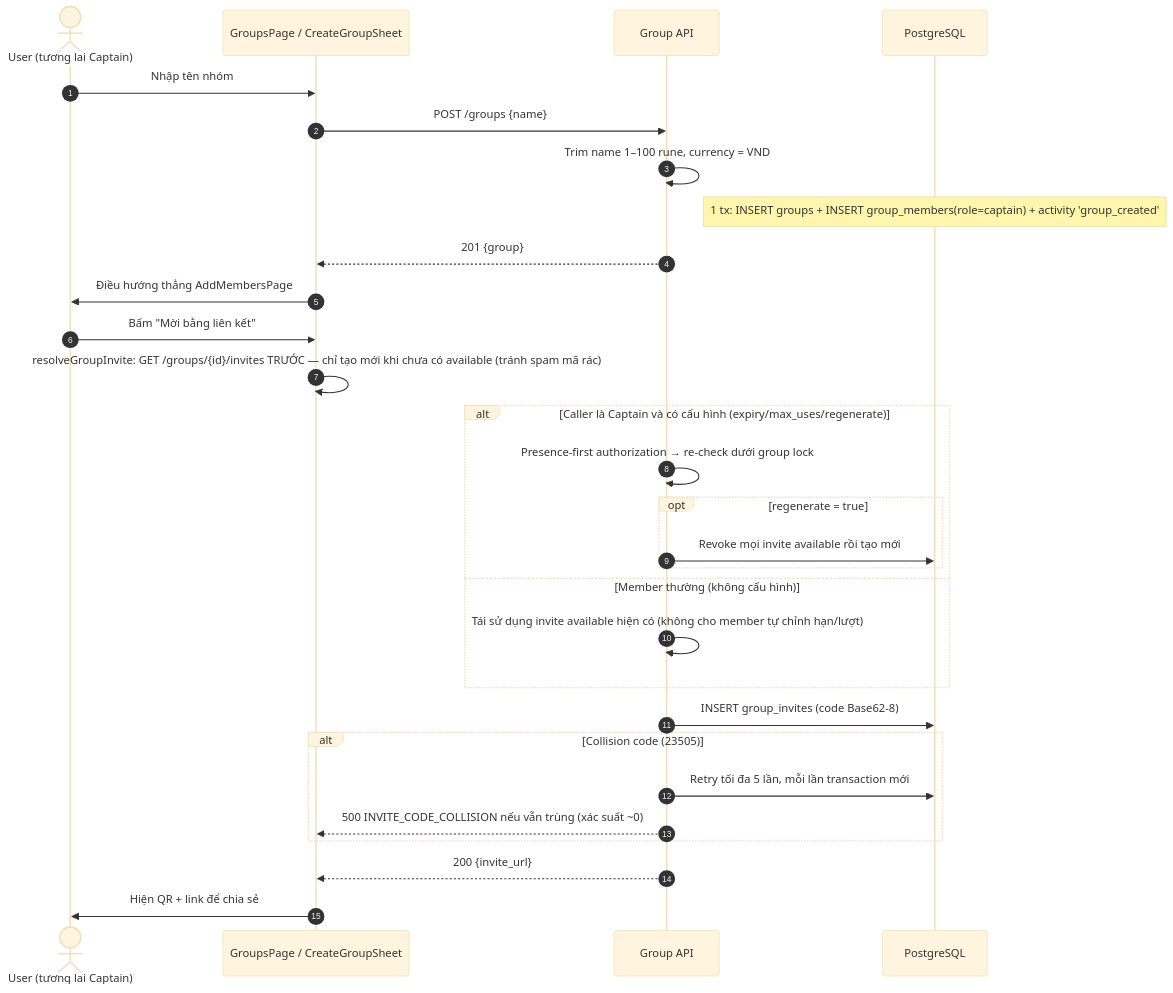
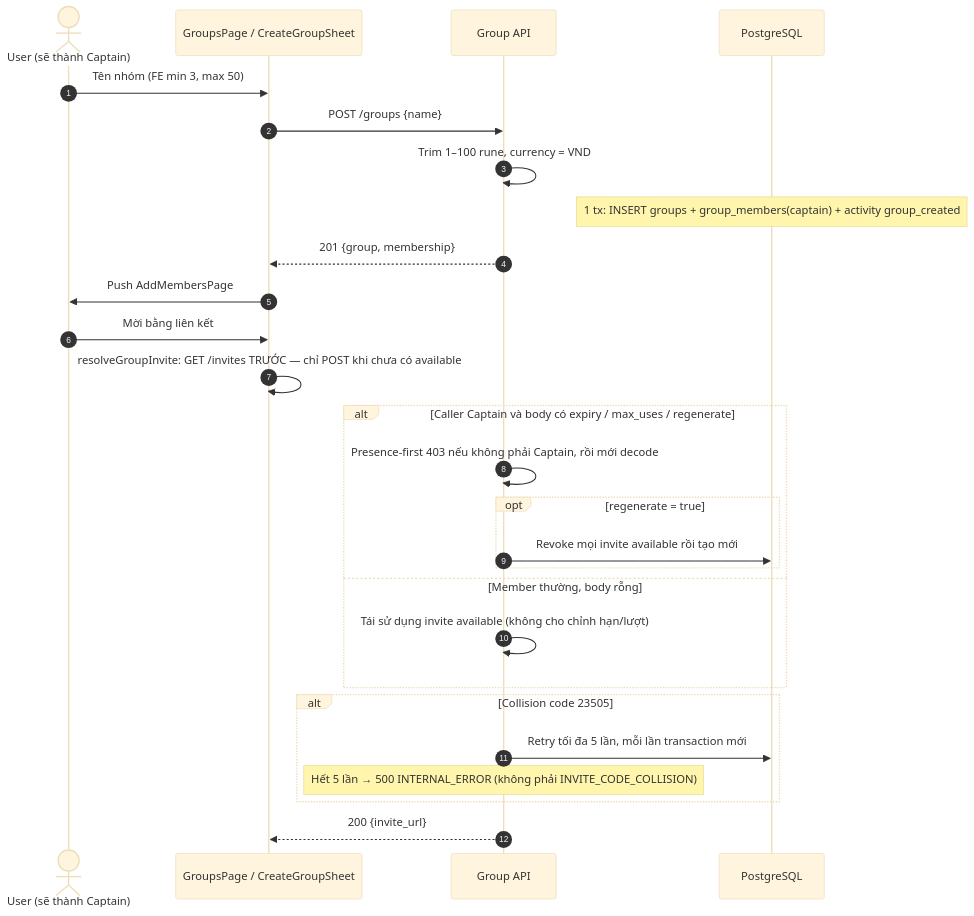
The first of 7 diagrams in flow/02-group.md (FintechVSF-Tranning/PaySplit-RP), drawn with Mermaid (base theme) before and after one commit. The commit also changed other lines of this file and 8 other files, not shown here.

````diff
--- a/flow/02-group.md
+++ b/flow/02-group.md
@@ -59,33 +92,31 @@
 ```mermaid
 sequenceDiagram
     autonumber
-    actor U as User (tương lai Captain)
+    actor U as User (sẽ thành Captain)
     participant FE as GroupsPage / CreateGroupSheet
     participant BE as Group API
     participant DB as PostgreSQL
 
-    U->>FE: Nhập tên nhóm
+    U->>FE: Tên nhóm (FE min 3, max 50)
     FE->>BE: POST /groups {name}
-    BE->>BE: Trim name 1–100 rune, currency = VND
-    Note over DB: 1 tx: INSERT groups + INSERT group_members(role=captain) + activity 'group_created'
-    BE-->>FE: 201 {group}
-    FE->>U: Điều hướng thẳng AddMembersPage
+    BE->>BE: Trim 1–100 rune, currency = VND
+    Note over DB: 1 tx: INSERT groups + group_members(captain) + activity group_created
+    BE-->>FE: 201 {group, membership}
+    FE->>U: Push AddMembersPage
 
-    U->>FE: Bấm "Mời bằng liên kết"
-    FE->>FE: resolveGroupInvite: GET /groups/{id}/invites TRƯỚC — chỉ tạo mới khi chưa có available (tránh spam mã rác)
-    alt Caller là Captain và có cấu hình (expiry/max_uses/regenerate)
-        BE->>BE: Presence-first authorization → re-check dưới group lock
+    U->>FE: Mời bằng liên kết
+    FE->>FE: resolveGroupInvite: GET /invites TRƯỚC — chỉ POST khi chưa có available
+    alt Caller Captain và body có expiry / max_uses / regenerate
+        BE->>BE: Presence-first 403 nếu không phải Captain, rồi mới decode
         opt regenerate = true
             BE->>DB: Revoke mọi invite available rồi tạo mới
         end
-    else Member thường (không cấu hình)
-        BE->>BE: Tái sử dụng invite available hiện có (không cho member tự chỉnh hạn/lượt)
+    else Member thường, body rỗng
+        BE->>BE: Tái sử dụng invite available (không cho chỉnh hạn/lượt)
     end
-    BE->>DB: INSERT group_invites (code Base62-8)
-    alt Collision code (23505)
+    alt Collision code 23505
         BE->>DB: Retry tối đa 5 lần, mỗi lần transaction mới
-        BE-->>FE: 500 INVITE_CODE_COLLISION nếu vẫn trùng (xác suất ~0)
+        Note over BE: Hết 5 lần → 500 INTERNAL_ERROR (không phải INVITE_CODE_COLLISION)
     end
     BE-->>FE: 200 {invite_url}
-    FE->>U: Hiện QR + link để chia sẻ
 ```
````
